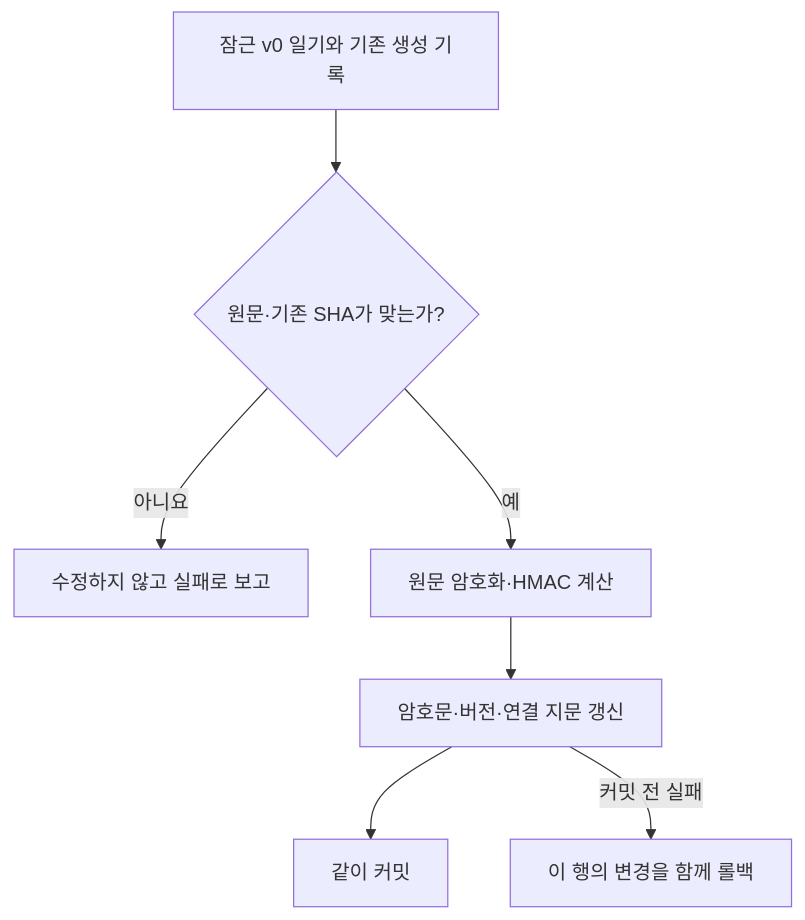
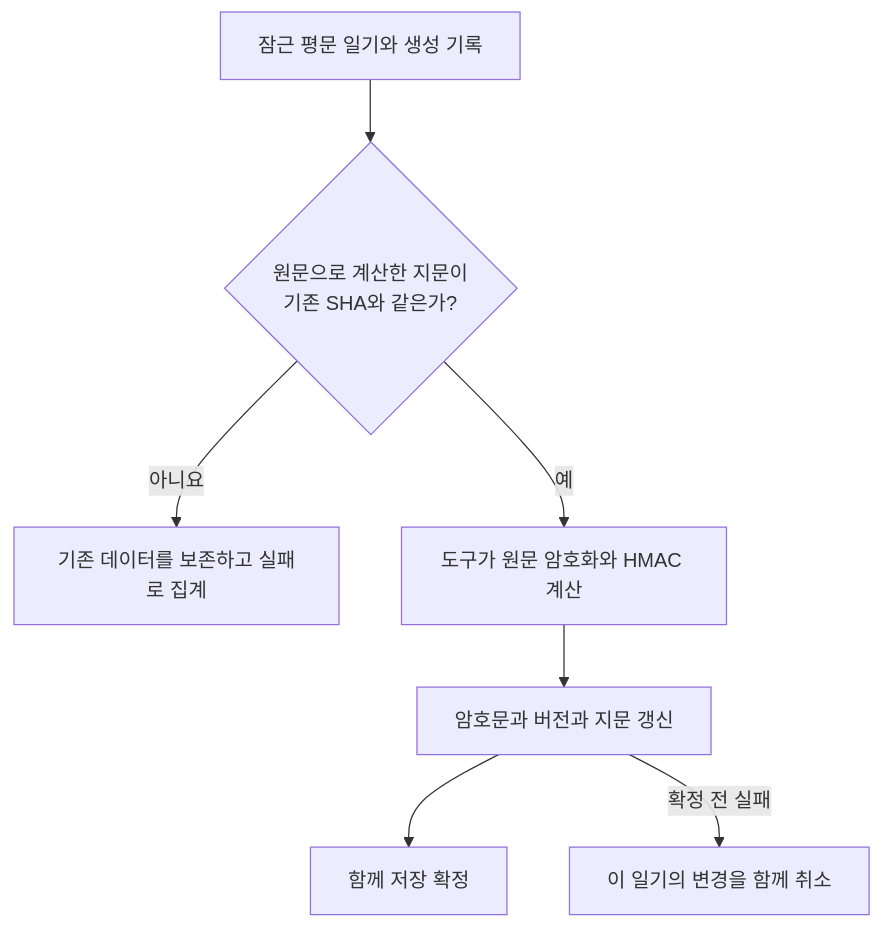
The fifth of 12 diagrams in backend/docs/diary-source-text-migration-scenarios.md (woowacourse-teams/2026-Harudle), drawn with Mermaid before and after one commit. The commit also changed other lines of this file and 4 other files, not shown here.

````diff
--- a/backend/docs/diary-source-text-migration-scenarios.md
+++ b/backend/docs/diary-source-text-migration-scenarios.md
@@ -107,9 +129,9 @@
 ```mermaid
 flowchart TD
-    row["잠근 v0 일기와 기존 생성 기록"] --> valid{"원문·기존 SHA가 맞는가?"}
-    valid -->|아니요| reject["수정하지 않고 실패로 보고"]
-    valid -->|예| protect["원문 암호화·HMAC 계산"]
-    protect --> write["암호문·버전·연결 지문 갱신"]
-    write --> commit["같이 커밋"]
-    write -->|커밋 전 실패| rollback["이 행의 변경을 함께 롤백"]
+    row["잠근 평문 일기와 생성 기록"] --> valid{"원문으로 계산한 지문이<br/>기존 SHA와 같은가?"}
+    valid -->|아니요| reject["기존 데이터를 보존하고 실패로 집계"]
+    valid -->|예| protect["도구가 원문 암호화와 HMAC 계산"]
+    protect --> write["암호문과 버전과 지문 갱신"]
+    write --> commit["함께 저장 확정"]
+    write -->|확정 전 실패| rollback["이 일기의 변경을 함께 취소"]
 ```
````
